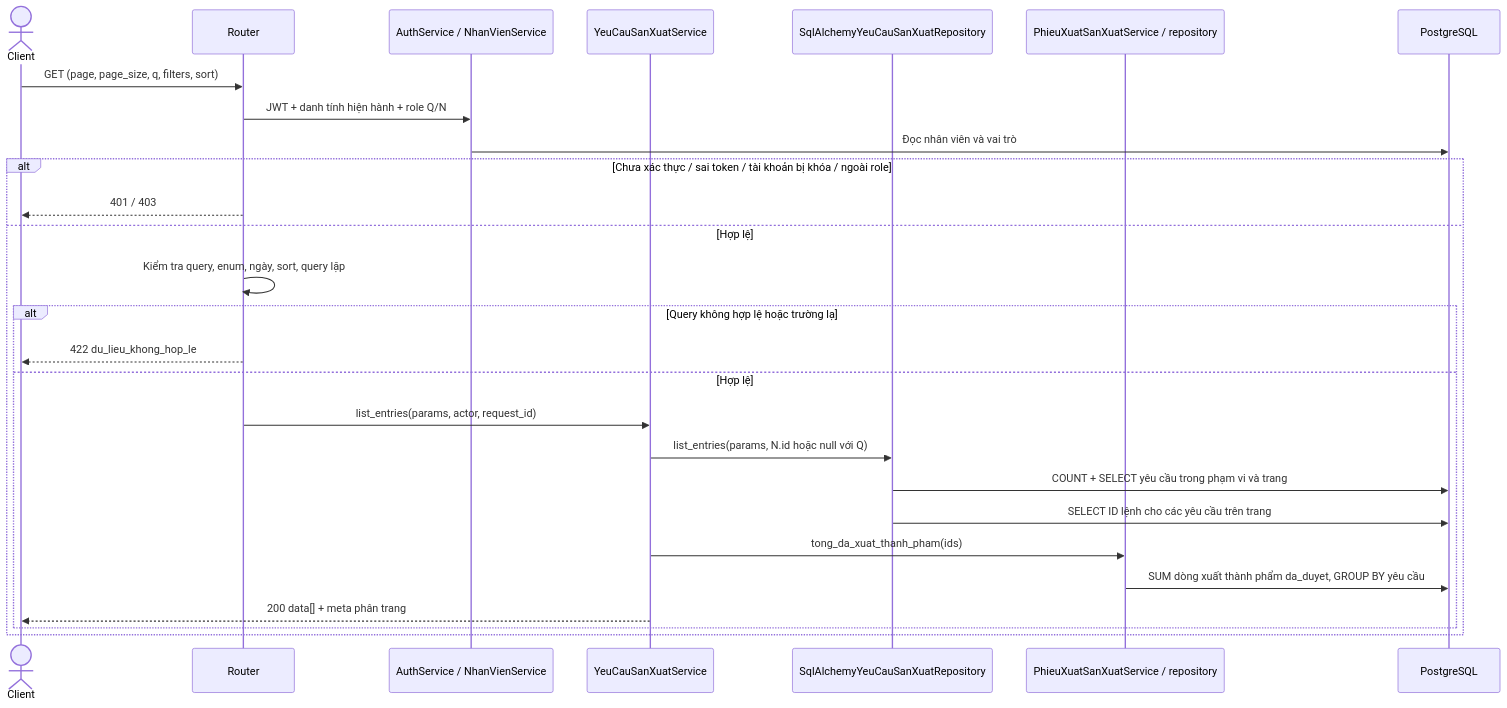
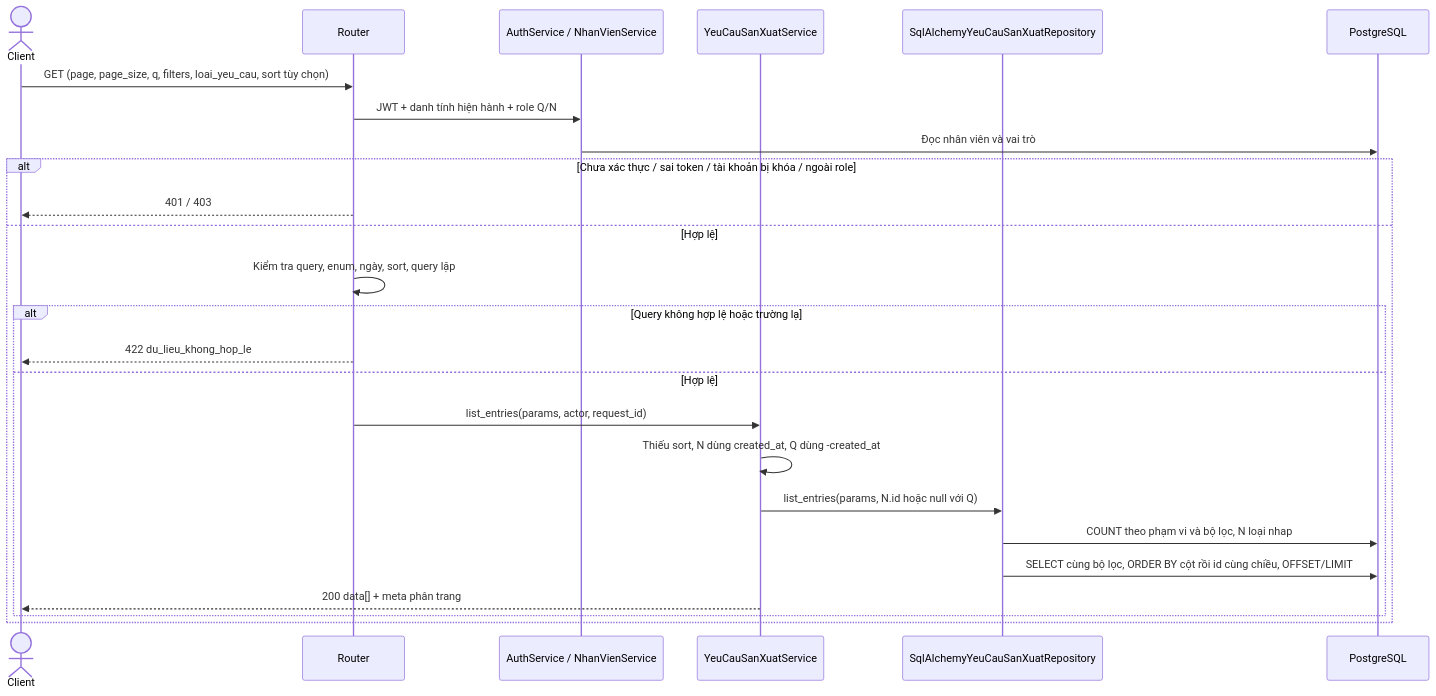
Before and after one commit to thanhklt/xbike-mrp-system: the second of 19 diagrams in docs/sequence/san_xuat.md, drawn with Mermaid. The commit also changed other lines of this file and 230 other files, not shown here.

````diff
--- a/docs/sequence/san_xuat.md
+++ b/docs/sequence/san_xuat.md
@@ -19,29 +117,27 @@
 ```mermaid
 sequenceDiagram
     actor C as Client
     participant R as Router
     participant A as AuthService / NhanVienService
     participant S as YeuCauSanXuatService
     participant P as SqlAlchemyYeuCauSanXuatRepository
-    participant X as PhieuXuatSanXuatService / repository
     participant D as PostgreSQL
-    C->>R: GET (page, page_size, q, filters, sort)
+    C->>R: GET (page, page_size, q, filters, loai_yeu_cau, sort tùy chọn)
     R->>A: JWT + danh tính hiện hành + role Q/N
     A->>D: Đọc nhân viên và vai trò
     alt Chưa xác thực / sai token / tài khoản bị khóa / ngoài role
         R-->>C: 401 / 403
     else Hợp lệ
         R->>R: Kiểm tra query, enum, ngày, sort, query lặp
         alt Query không hợp lệ hoặc trường lạ
             R-->>C: 422 du_lieu_khong_hop_le
         else Hợp lệ
             R->>S: list_entries(params, actor, request_id)
+            S->>S: Thiếu sort, N dùng created_at, Q dùng -created_at
             S->>P: list_entries(params, N.id hoặc null với Q)
-            P->>D: COUNT + SELECT yêu cầu trong phạm vi và trang
-            P->>D: SELECT ID lệnh cho các yêu cầu trên trang
-            S->>X: tong_da_xuat_thanh_pham(ids)
-            X->>D: SUM dòng xuất thành phẩm da_duyet, GROUP BY yêu cầu
+            P->>D: COUNT theo phạm vi và bộ lọc, N loại nhap
+            P->>D: SELECT cùng bộ lọc, ORDER BY cột rồi id cùng chiều, OFFSET/LIMIT
             S-->>C: 200 data[] + meta phân trang
         end
     end
 ```
````
